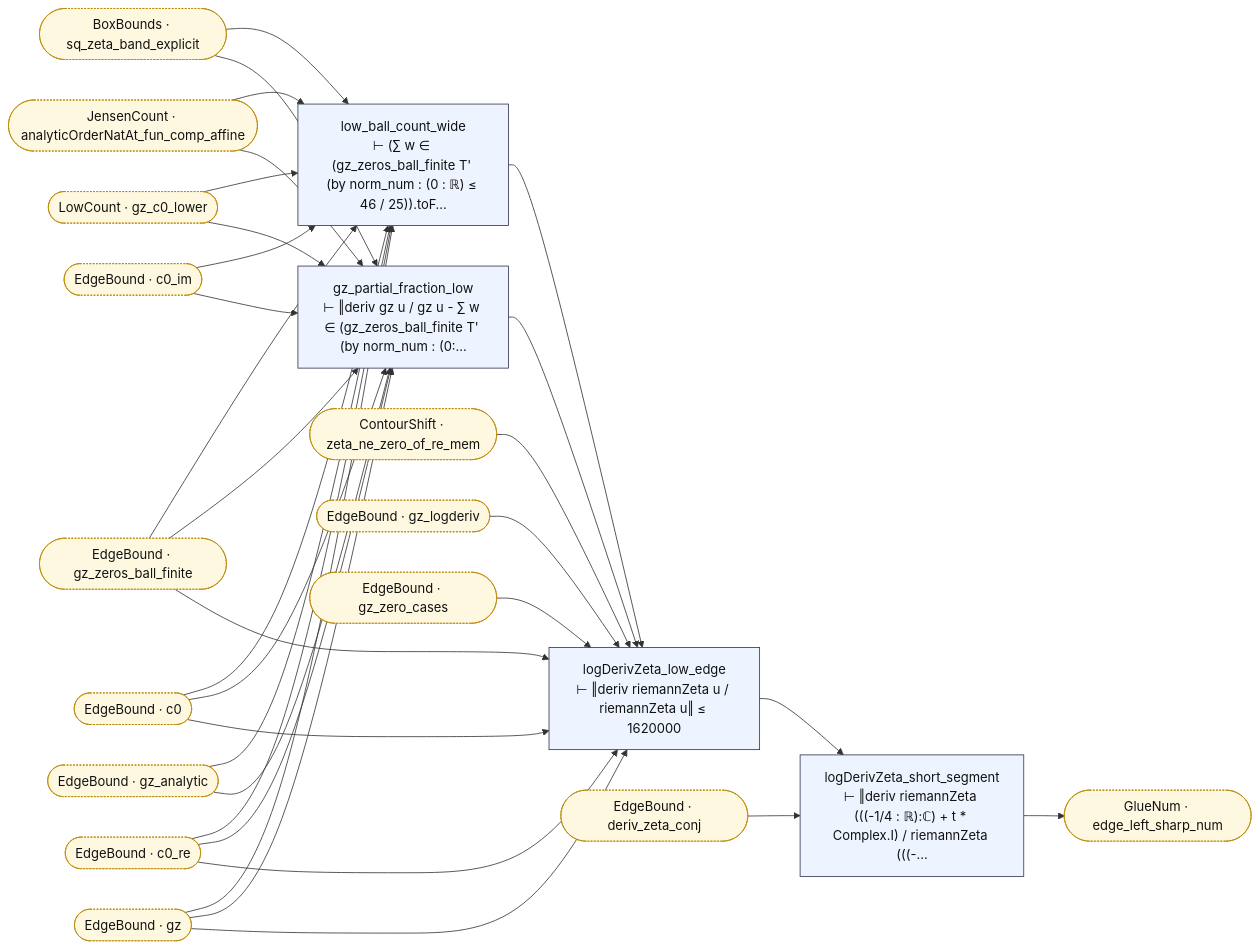
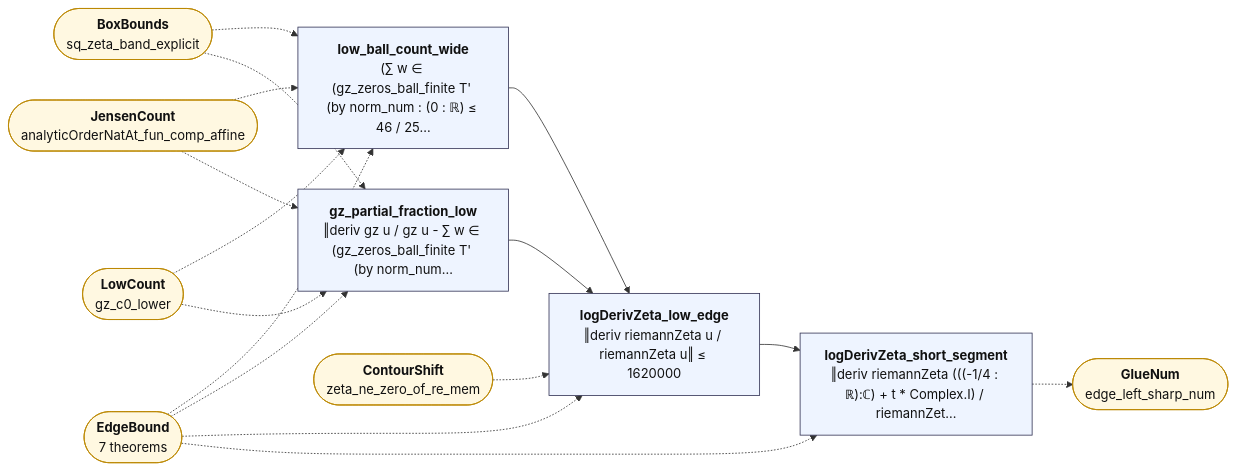
The diagram in map/lean_stage3/LowEdge.md (juliansambranojr/Primebeat_081426), drawn with Mermaid before and after one commit. The commit also changed other lines of this file and 387 other files, not shown here.

````diff
--- a/map/lean_stage3/LowEdge.md
+++ b/map/lean_stage3/LowEdge.md
@@ -8,57 +12,33 @@
 ```mermaid
 flowchart LR
-  n0["low_ball_count_wide<br/>⊢ (∑ w ∈ (gz_zeros_ball_finite T' (by norm_num : (0 : ℝ) ≤ 46 / 25)).toF…"]:::thm
-  n1["gz_partial_fraction_low<br/>⊢ ‖deriv gz u / gz u - ∑ w ∈ (gz_zeros_ball_finite T' (by norm_num : (0:…"]:::thm
-  n2["logDerivZeta_low_edge<br/>⊢ ‖deriv riemannZeta u / riemannZeta u‖ ≤ 1620000"]:::thm
-  n3["logDerivZeta_short_segment<br/>⊢ ‖deriv riemannZeta (((-1/4 : ℝ):ℂ) + t * Complex.I) / riemannZeta (((-…"]:::thm
-  x0(["BoxBounds · sq_zeta_band_explicit"]):::ext
-  x1(["ContourShift · zeta_ne_zero_of_re_mem"]):::ext
-  x2(["EdgeBound · c0"]):::ext
-  x3(["EdgeBound · c0_im"]):::ext
-  x4(["EdgeBound · c0_re"]):::ext
-  x5(["EdgeBound · deriv_zeta_conj"]):::ext
-  x6(["EdgeBound · gz"]):::ext
-  x7(["EdgeBound · gz_analytic"]):::ext
-  x8(["EdgeBound · gz_logderiv"]):::ext
-  x9(["EdgeBound · gz_zero_cases"]):::ext
-  x10(["EdgeBound · gz_zeros_ball_finite"]):::ext
-  x11(["GlueNum · edge_left_sharp_num"]):::ext
-  x12(["JensenCount · analyticOrderNatAt_fun_comp_affine"]):::ext
-  x13(["LowCount · gz_c0_lower"]):::ext
+  n0["<b>low_ball_count_wide</b><br/>(∑ w ∈ (gz_zeros_ball_finite T' (by norm_num : (0 : ℝ) ≤ 46 / 25…"]:::thm
+  n1["<b>gz_partial_fraction_low</b><br/>‖deriv gz u / gz u - ∑ w ∈ (gz_zeros_ball_finite T' (by norm_num…"]:::thm
+  n2["<b>logDerivZeta_low_edge</b><br/>‖deriv riemannZeta u / riemannZeta u‖ ≤ 1620000"]:::thm
+  n3["<b>logDerivZeta_short_segment</b><br/>‖deriv riemannZeta (((-1/4 : ℝ):ℂ) + t * Complex.I) / riemannZet…"]:::thm
+  x0(["<b>BoxBounds</b><br/>sq_zeta_band_explicit"]):::ext
+  x1(["<b>EdgeBound</b><br/>7 theorems"]):::ext
+  x2(["<b>JensenCount</b><br/>analyticOrderNatAt_fun_comp_affine"]):::ext
+  x3(["<b>LowCount</b><br/>gz_c0_lower"]):::ext
+  x4(["<b>ContourShift</b><br/>zeta_ne_zero_of_re_mem"]):::ext
+  x5(["<b>GlueNum</b><br/>edge_left_sharp_num"]):::ext
   n0 --> n2
   n1 --> n2
   n2 --> n3
-  n3 --> x11
-  x0 --> n0
-  x0 --> n1
-  x1 --> n2
-  x10 --> n0
-  x10 --> n1
-  x10 --> n2
-  x12 --> n0
-  x12 --> n1
-  x13 --> n0
-  x13 --> n1
-  x2 --> n0
-  x2 --> n1
-  x2 --> n2
-  x3 --> n0
-  x3 --> n1
-  x4 --> n0
-  x4 --> n1
-  x4 --> n2
-  x5 --> n3
-  x6 --> n0
-  x6 --> n1
-  x6 --> n2
-  x7 --> n0
-  x7 --> n1
-  x8 --> n2
-  x9 --> n2
+  n3 -.-> x5
+  x0 -.-> n0
+  x0 -.-> n1
+  x1 -.-> n0
+  x1 -.-> n1
+  x1 -.-> n2
+  x1 -.-> n3
+  x2 -.-> n0
+  x2 -.-> n1
+  x3 -.-> n0
+  x3 -.-> n1
+  x4 -.-> n2
   classDef thm fill:#eef4ff,stroke:#335,color:#111
-  classDef dfn fill:#f2f2f2,stroke:#777,color:#111
   classDef end_ fill:#e7f7e7,stroke:#2a7,color:#111,stroke-width:2px
   classDef lone fill:#fff,stroke:#999,color:#111,stroke-dasharray:4 3
   classDef bad fill:#ffe5e5,stroke:#c22,color:#111,stroke-width:2px
-  classDef ext fill:#fff8e1,stroke:#b80,color:#111,stroke-dasharray:2 2
+  classDef ext fill:#fff8e1,stroke:#b80,color:#111
 ```
````
